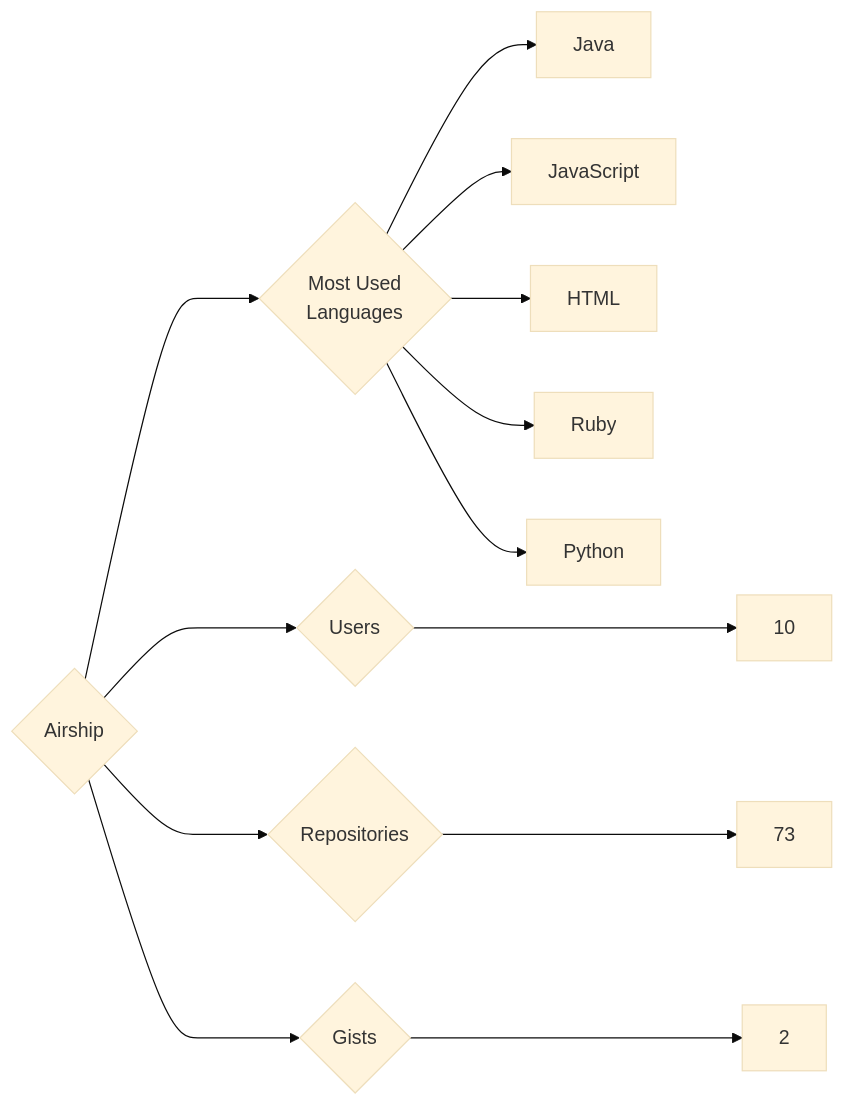
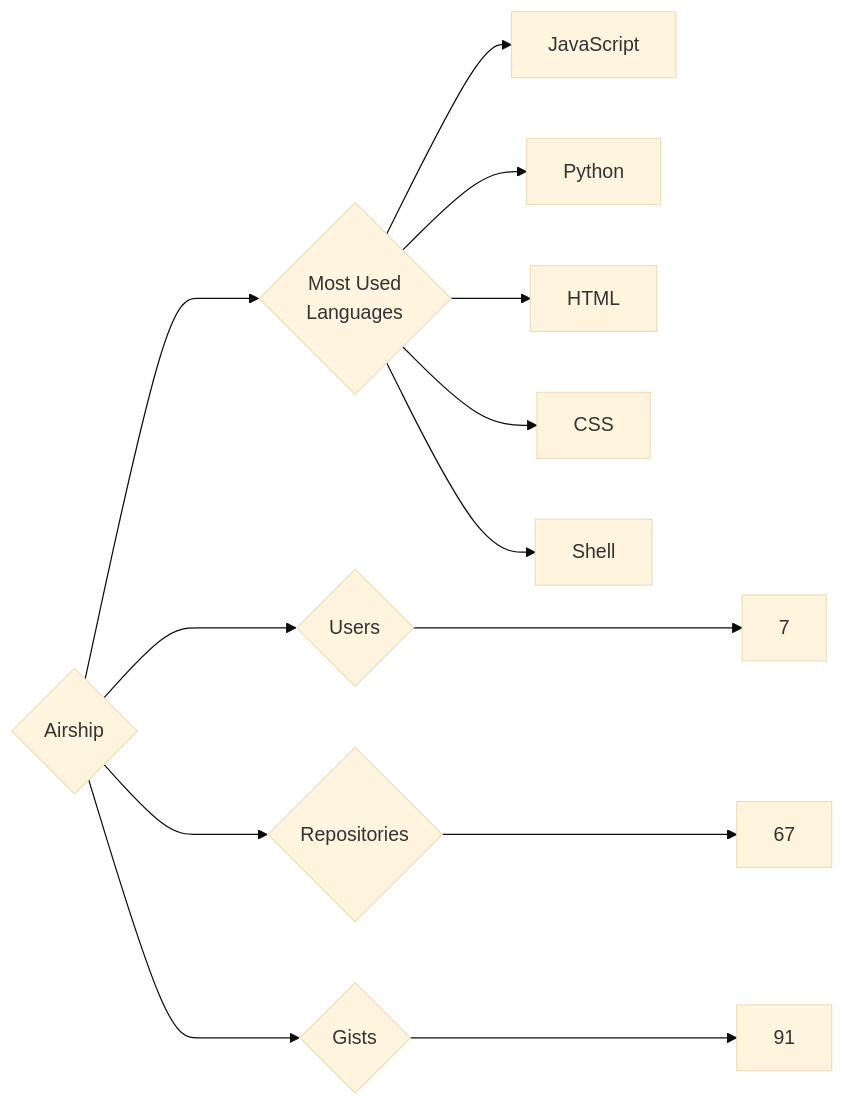
The diagram in targets/Airship/README.md (trickest/insiders), drawn with Mermaid (base theme) before and after one commit. The commit also changed 1148 other files, not shown here.

````diff
--- a/targets/Airship/README.md
+++ b/targets/Airship/README.md
@@ -3,13 +3,13 @@
 ```mermaid
 graph LR
 COMPANY_NAME{Airship}
-COMPANY_NAME ---> U{Users} ---> UN[10]
-COMPANY_NAME ---> R{Repositories} ---> RN[73]
-COMPANY_NAME ---> G{Gists} ---> GN[2]
+COMPANY_NAME ---> U{Users} ---> UN[7]
+COMPANY_NAME ---> R{Repositories} ---> RN[67]
+COMPANY_NAME ---> G{Gists} ---> GN[91]
 COMPANY_NAME ---> ML{Most Used<br>Languages}
-ML --> Java[Java]
 ML --> JavaScript[JavaScript]
+ML --> Python[Python]
 ML --> HTML[HTML]
-ML --> Ruby[Ruby]
-ML --> Python[Python]
+ML --> CSS[CSS]
+ML --> Shell[Shell]
 ```
````
